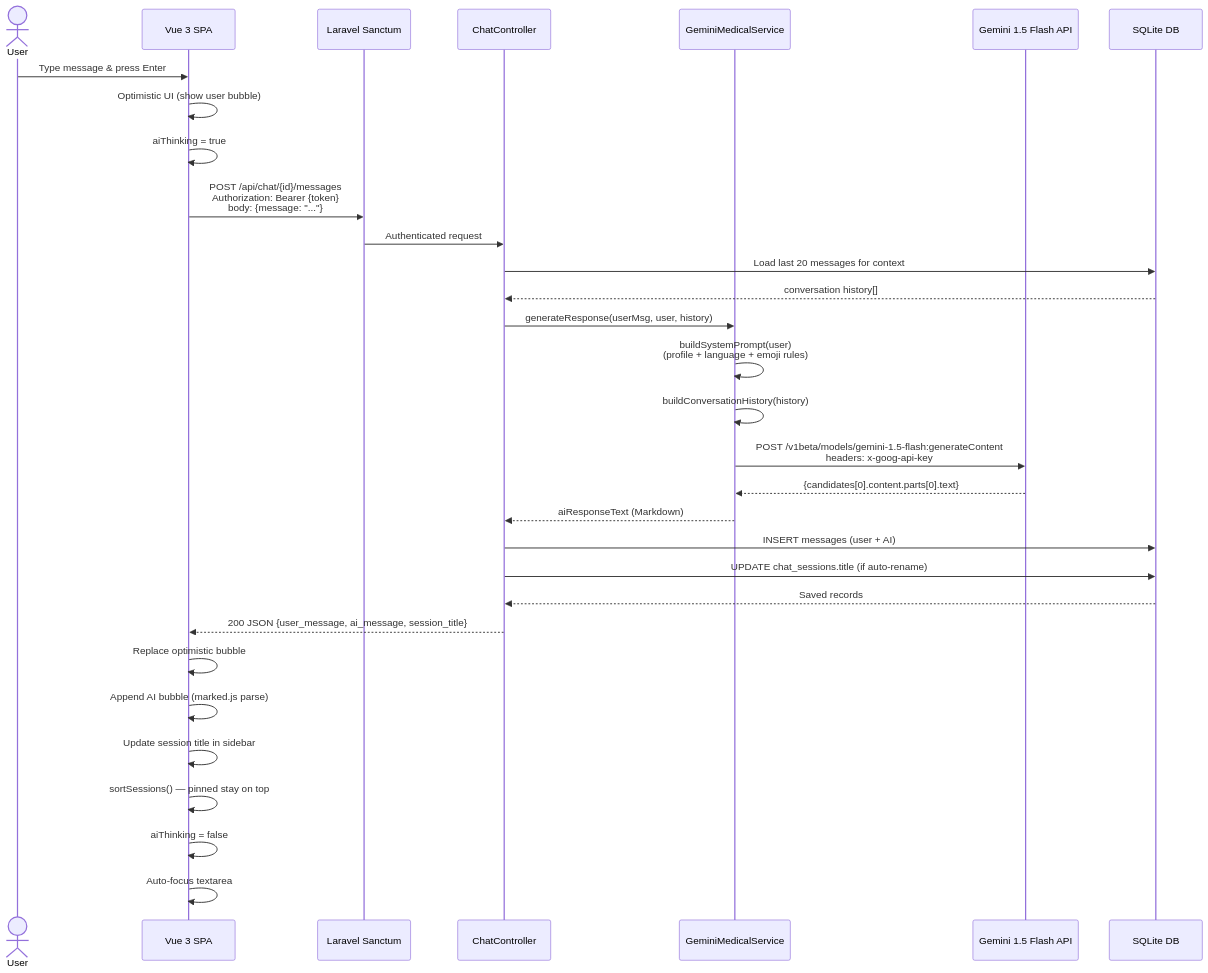
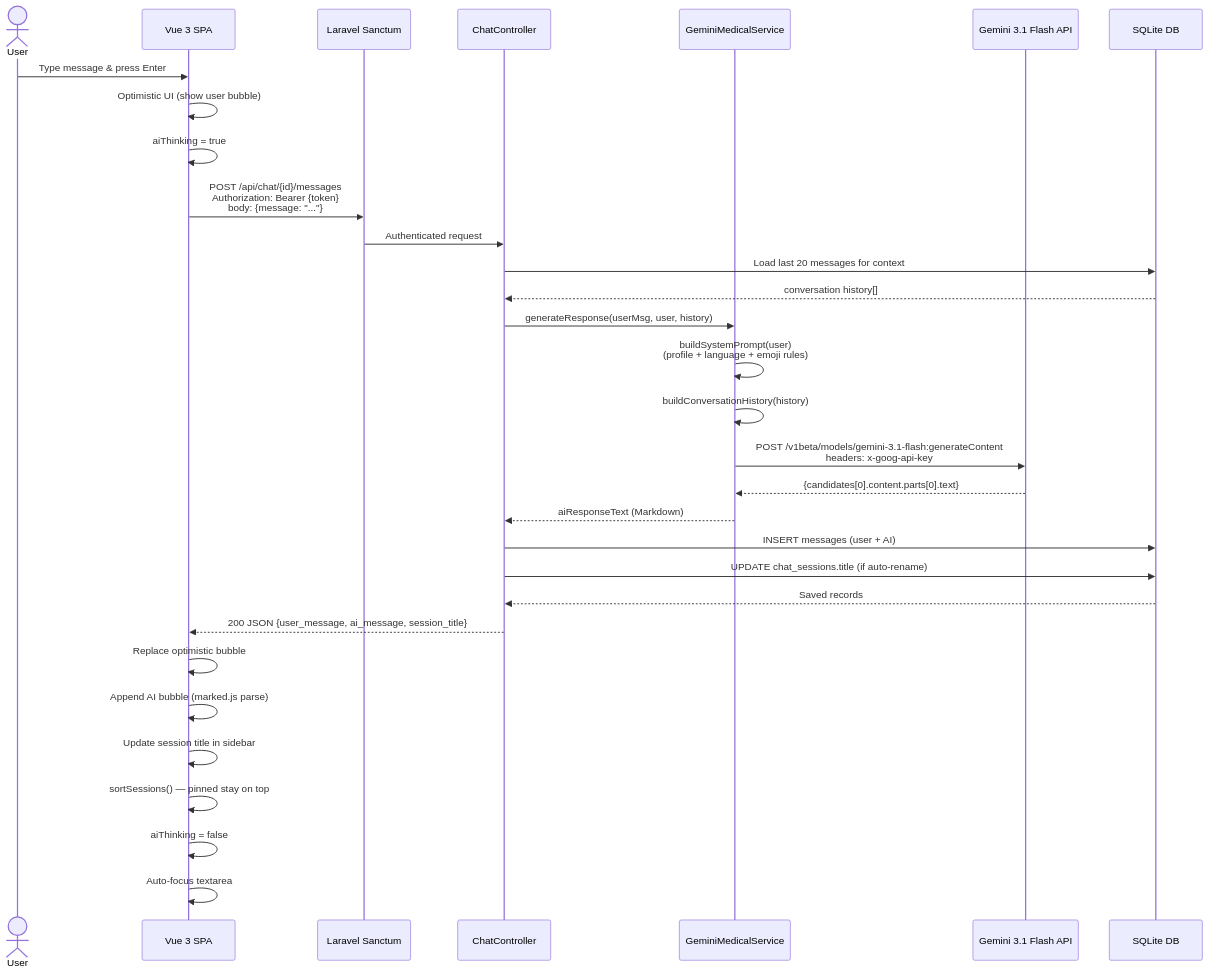
The tenth of 11 diagrams in ARCHITECTURE.md (medofbm/ai-medical-assistant), drawn with Mermaid before and after one commit. The commit also changed other lines of this file and 1 other file, not shown here.

First line of the commit message:
docs: merge SYSTEM_DIAGRAM + ARCHITECTURE into single ARCHITECTURE.md v2.0

````diff
--- a/ARCHITECTURE.md
+++ b/ARCHITECTURE.md
@@ -589,42 +751,42 @@
 ```mermaid
 sequenceDiagram
     actor User
     participant Vue as Vue 3 SPA
     participant Sanctum as Laravel Sanctum
     participant CC as ChatController
     participant Gemini as GeminiMedicalService
-    participant API as Gemini 1.5 Flash API
+    participant API as Gemini 3.1 Flash API
     participant DB as SQLite DB
 
     User->>Vue: Type message & press Enter
     Vue->>Vue: Optimistic UI (show user bubble)
     Vue->>Vue: aiThinking = true
 
     Vue->>Sanctum: POST /api/chat/{id}/messages<br/>Authorization: Bearer {token}<br/>body: {message: "..."}
 
     Sanctum->>CC: Authenticated request
 
     CC->>DB: Load last 20 messages for context
     DB-->>CC: conversation history[]
 
     CC->>Gemini: generateResponse(userMsg, user, history)
     Gemini->>Gemini: buildSystemPrompt(user)<br/>(profile + language + emoji rules)
     Gemini->>Gemini: buildConversationHistory(history)
-    Gemini->>API: POST /v1beta/models/gemini-1.5-flash:generateContent<br/>headers: x-goog-api-key
+    Gemini->>API: POST /v1beta/models/gemini-3.1-flash:generateContent<br/>headers: x-goog-api-key
 
     API-->>Gemini: {candidates[0].content.parts[0].text}
     Gemini-->>CC: aiResponseText (Markdown)
 
     CC->>DB: INSERT messages (user + AI)
     CC->>DB: UPDATE chat_sessions.title (if auto-rename)
     DB-->>CC: Saved records
 
     CC-->>Vue: 200 JSON {user_message, ai_message, session_title}
 
     Vue->>Vue: Replace optimistic bubble
     Vue->>Vue: Append AI bubble (marked.js parse)
     Vue->>Vue: Update session title in sidebar
     Vue->>Vue: sortSessions() — pinned stay on top
     Vue->>Vue: aiThinking = false
     Vue->>Vue: Auto-focus textarea
 ```
````
